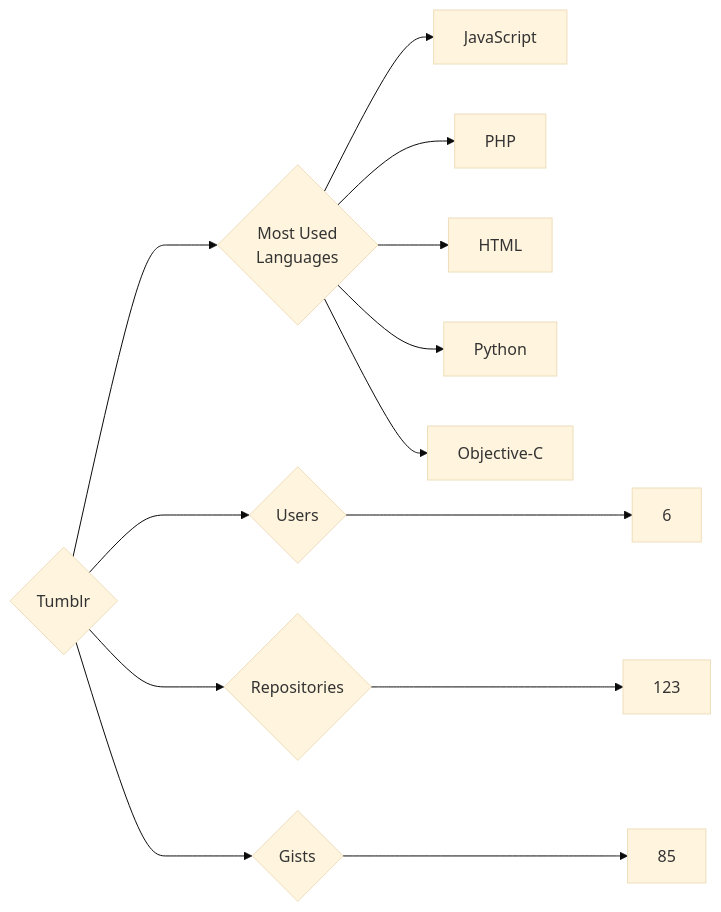
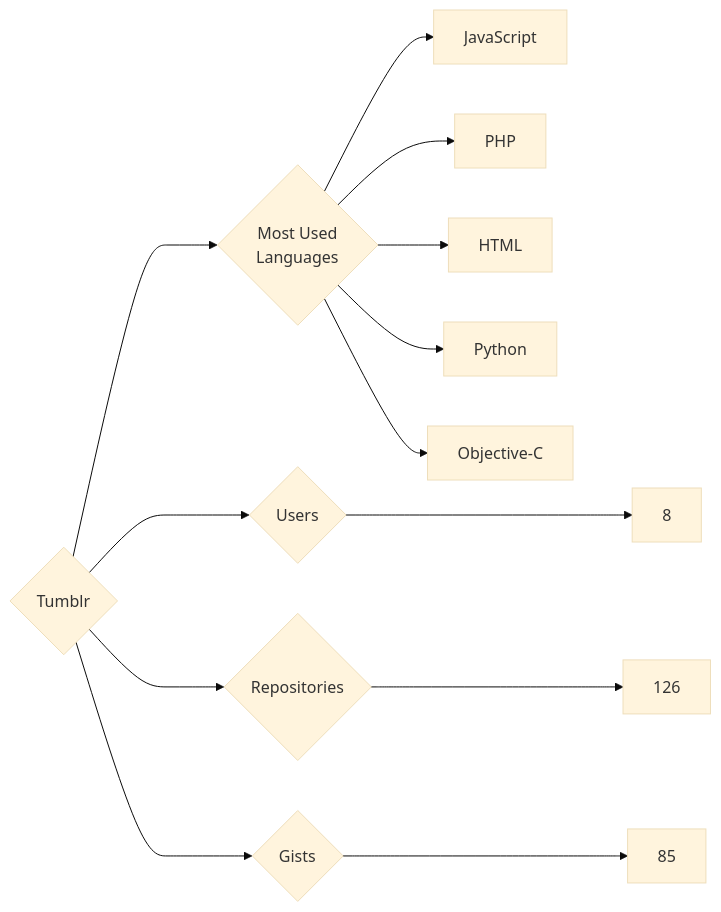
The diagram in targets/Tumblr/README.md (trickest/insiders), drawn with Mermaid (base theme) before and after one commit. The commit also changed 1011 other files, not shown here.

````diff
--- a/targets/Tumblr/README.md
+++ b/targets/Tumblr/README.md
@@ -3,13 +3,13 @@
 ```mermaid
 graph LR
 COMPANY_NAME{Tumblr}
-COMPANY_NAME ---> U{Users} ---> UN[6]
-COMPANY_NAME ---> R{Repositories} ---> RN[123]
+COMPANY_NAME ---> U{Users} ---> UN[8]
+COMPANY_NAME ---> R{Repositories} ---> RN[126]
 COMPANY_NAME ---> G{Gists} ---> GN[85]
 COMPANY_NAME ---> ML{Most Used<br>Languages}
 ML --> JavaScript[JavaScript]
 ML --> PHP[PHP]
 ML --> HTML[HTML]
 ML --> Python[Python]
 ML --> Objective-C[Objective-C]
 ```
````
